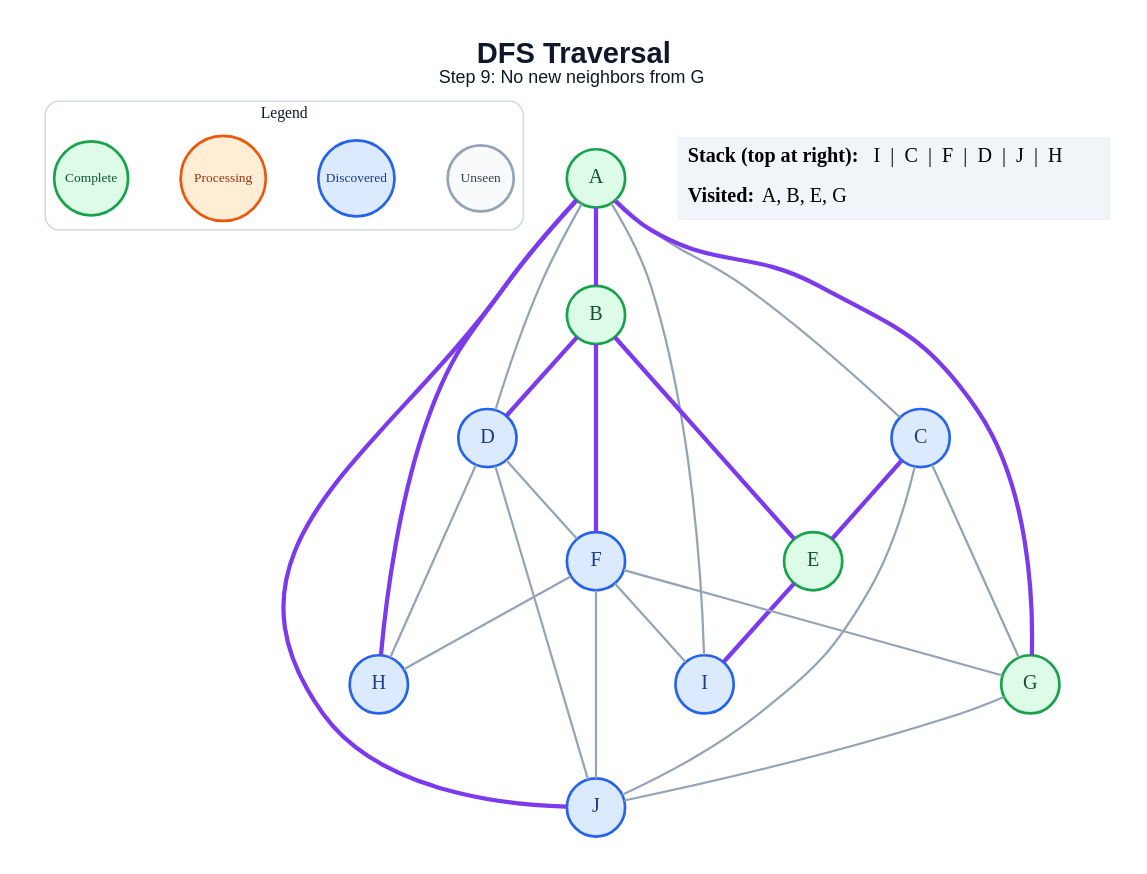
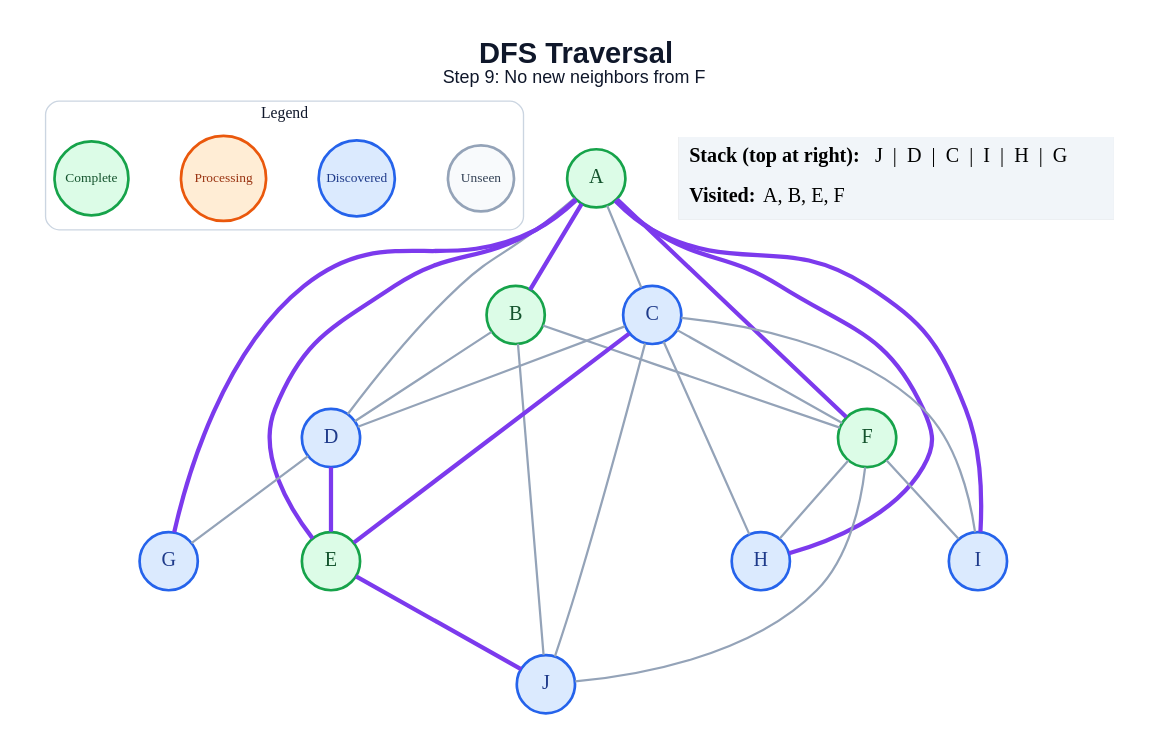
One commit to amanghodawala9/ai-slop changed the diagram in generated/specific-node/dfs/step_09.dot. Above: the diagram before and after it, drawn with Graphviz. The commit also changed 178 other files, not shown here.

```diff
--- a/generated/specific-node/dfs/step_09.dot
+++ b/generated/specific-node/dfs/step_09.dot
@@ -1,51 +1,52 @@
 graph traversal {
   graph [layout=dot, rankdir=TB, bgcolor="#FFFFFF", pad="0.35", nodesep="0.65", ranksep="0.8", fontname="Arial"];
   node [shape=circle, style="filled", fontname="Arial Bold", fontsize=18, width=0.72, fixedsize=true, penwidth=2.4];
   edge [color="#94A3B8", penwidth=2.0];
-  label=<<B>DFS Traversal</B><BR/><FONT POINT-SIZE="16">Step 9: No new neighbors from G</FONT>>; labelloc="t"; fontsize=26; fontname="Arial"; fontcolor="#0F172A";
+  label=<<B>DFS Traversal</B><BR/><FONT POINT-SIZE="16">Step 9: No new neighbors from F</FONT>>; labelloc="t"; fontsize=26; fontname="Arial"; fontcolor="#0F172A";
   subgraph cluster_legend { label="Legend"; color="#CBD5E1"; penwidth=1.2; style="rounded"; fontsize=14; fontname="Arial Bold";
     key_unseen [label="Unseen", fillcolor="#F8FAFC", color="#94A3B8", fontcolor="#334155", fontsize=12, width=0.82];
     key_frontier [label="Discovered", fillcolor="#DBEAFE", color="#2563EB", fontcolor="#1E3A8A", fontsize=12, width=0.95];
     key_current [label="Processing", fillcolor="#FFEDD5", color="#EA580C", fontcolor="#9A3412", fontsize=12, width=1.05];
     key_done [label="Complete", fillcolor="#DCFCE7", color="#16A34A", fontcolor="#14532D", fontsize=12, width=0.92];
     { rank=same; key_unseen; key_frontier; key_current; key_done; }
   }
   A [fillcolor="#DCFCE7", color="#16A34A", fontcolor="#14532D"];
   B [fillcolor="#DCFCE7", color="#16A34A", fontcolor="#14532D"];
   C [fillcolor="#DBEAFE", color="#2563EB", fontcolor="#1E3A8A"];
   D [fillcolor="#DBEAFE", color="#2563EB", fontcolor="#1E3A8A"];
   E [fillcolor="#DCFCE7", color="#16A34A", fontcolor="#14532D"];
-  F [fillcolor="#DBEAFE", color="#2563EB", fontcolor="#1E3A8A"];
-  G [fillcolor="#DCFCE7", color="#16A34A", fontcolor="#14532D"];
+  F [fillcolor="#DCFCE7", color="#16A34A", fontcolor="#14532D"];
+  G [fillcolor="#DBEAFE", color="#2563EB", fontcolor="#1E3A8A"];
   H [fillcolor="#DBEAFE", color="#2563EB", fontcolor="#1E3A8A"];
   I [fillcolor="#DBEAFE", color="#2563EB", fontcolor="#1E3A8A"];
   J [fillcolor="#DBEAFE", color="#2563EB", fontcolor="#1E3A8A"];
   A -- B [color="#7C3AED", penwidth=3.8];
   A -- C;
   A -- D;
+  A -- E [color="#7C3AED", penwidth=3.8];
+  A -- F [color="#7C3AED", penwidth=3.8];
   A -- G [color="#7C3AED", penwidth=3.8];
   A -- H [color="#7C3AED", penwidth=3.8];
-  A -- I;
-  A -- J [color="#7C3AED", penwidth=3.8];
-  B -- D [color="#7C3AED", penwidth=3.8];
-  B -- E [color="#7C3AED", penwidth=3.8];
-  B -- F [color="#7C3AED", penwidth=3.8];
+  A -- I [color="#7C3AED", penwidth=3.8];
+  B -- D;
+  B -- F;
+  B -- J;
+  C -- D;
   C -- E [color="#7C3AED", penwidth=3.8];
-  C -- G;
+  C -- F;
+  C -- H;
+  C -- I;
   C -- J;
-  D -- F;
-  D -- H;
-  D -- J;
-  E -- I [color="#7C3AED", penwidth=3.8];
-  F -- G;
+  D -- E [color="#7C3AED", penwidth=3.8];
+  D -- G;
+  E -- J [color="#7C3AED", penwidth=3.8];
   F -- H;
   F -- I;
   F -- J;
-  G -- J;
   status [shape=plain, fixedsize=false, width=0, height=0, margin=0, label=<
     <TABLE BORDER="0" CELLBORDER="0" CELLPADDING="7" BGCOLOR="#F1F5F9">
-      <TR><TD ALIGN="LEFT"><B>Stack (top at right):</B> I  |  C  |  F  |  D  |  J  |  H</TD></TR>
-      <TR><TD ALIGN="LEFT"><B>Visited:</B> A, B, E, G</TD></TR>
+      <TR><TD ALIGN="LEFT"><B>Stack (top at right):</B> J  |  D  |  C  |  I  |  H  |  G</TD></TR>
+      <TR><TD ALIGN="LEFT"><B>Visited:</B> A, B, E, F</TD></TR>
     </TABLE>
   >];
 }
```
